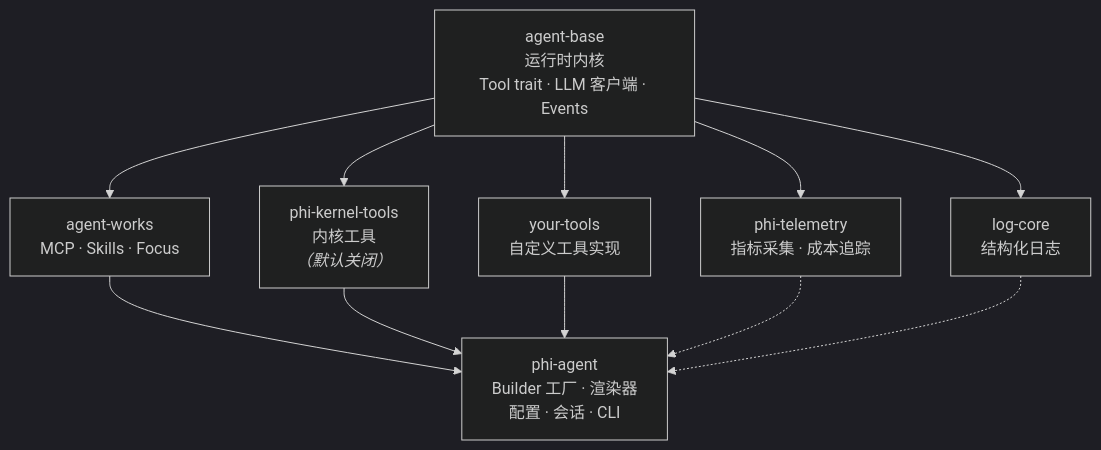
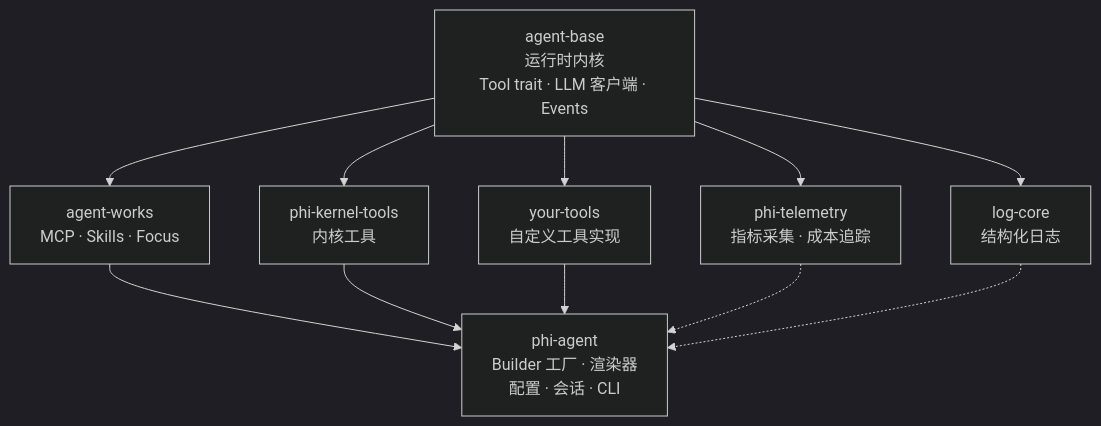
The diagram in docs/zh/guide/concepts/architecture.md (chenkangzeng1/agent-base), drawn with Mermaid (dark theme) before and after one commit. The commit also changed other lines of this file and 22 other files, not shown here.

````diff
--- a/docs/zh/guide/concepts/architecture.md
+++ b/docs/zh/guide/concepts/architecture.md
@@ -24,18 +24,18 @@
 ```mermaid
 graph TB
     AB[agent-base<br/>运行时内核<br/>Tool trait · LLM 客户端 · Events]
 
     AB --> AW[agent-works<br/>MCP · Skills · Focus]
-    AB --> PKT[phi-kernel-tools<br/>内核工具<br/><i>（默认关闭）</i>]
+    AB --> PKT[phi-kernel-tools<br/>内核工具]
     AB --> YT[your-tools<br/>自定义工具实现]
     AB --> PTEL[phi-telemetry<br/>指标采集 · 成本追踪]
     AB --> LOG[log-core<br/>结构化日志]
 
     AW --> PA
     PKT --> PA
     YT --> PA
     PTEL -.-> PA
     LOG -.-> PA
 
     PA[phi-agent<br/>Builder 工厂 · 渲染器<br/>配置 · 会话 · CLI]
 ```
````
